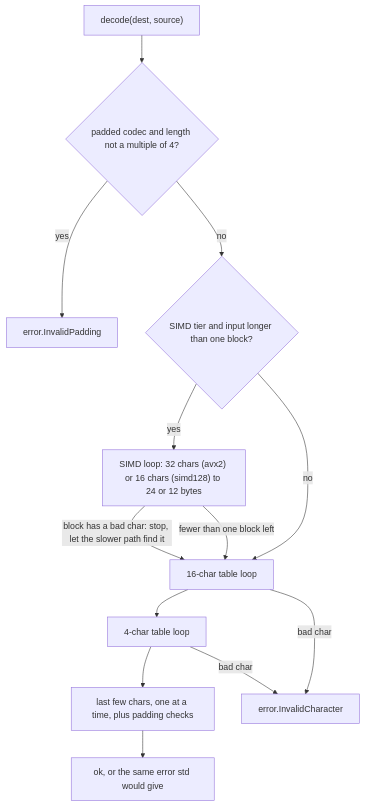
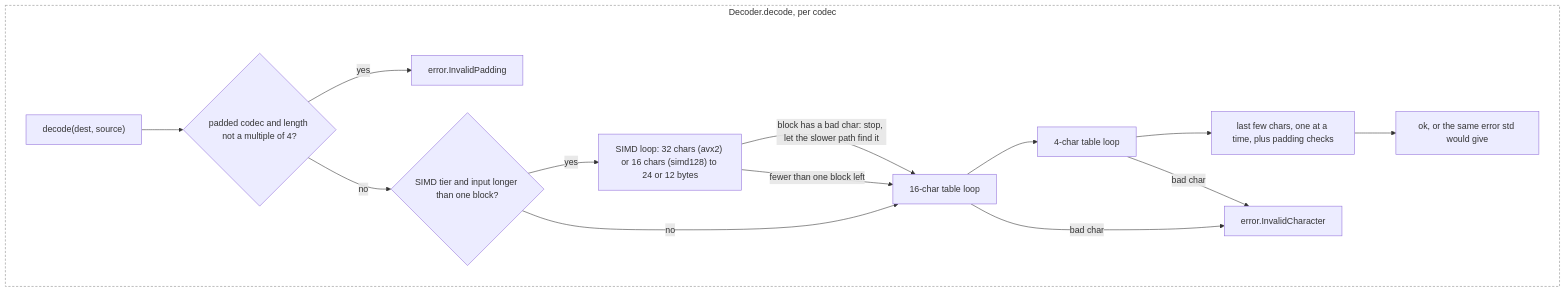
One commit to Kbgjtn/base64 changed the third of 3 diagrams in README.md. Above: the diagram before and after it, drawn with Mermaid. The commit also changed other lines of this file, not shown here.

Commit message:
docs: dashed outline on tier and decoder diagrams

````diff
--- a/README.md
+++ b/README.md
@@ -189,15 +193,19 @@
 ```mermaid
 flowchart TB
-    start["decode(dest, source)"] --> padcheck{"padded codec and length not a multiple of 4?"}
-    padcheck -- yes --> errPad["error.InvalidPadding"]
-    padcheck -- no --> big{"SIMD tier and input longer than one block?"}
-    big -- yes --> simd["SIMD loop: 32 chars (avx2) or 16 chars (simd128) to 24 or 12 bytes"]
-    simd -- "block has a bad char: stop, let the slower path find it" --> fast16
-    simd -- "fewer than one block left" --> fast16
-    big -- no --> fast16["16-char table loop"]
-    fast16 --> fast4["4-char table loop"]
-    fast4 --> tail["last few chars, one at a time, plus padding checks"]
-    fast16 -- "bad char" --> errChar["error.InvalidCharacter"]
-    fast4 -- "bad char" --> errChar
-    tail --> result["ok, or the same error std would give"]
+    subgraph dec["Decoder.decode, per codec"]
+        start["decode(dest, source)"] --> padcheck{"padded codec and length not a multiple of 4?"}
+        padcheck -- yes --> errPad["error.InvalidPadding"]
+        padcheck -- no --> big{"SIMD tier and input longer than one block?"}
+        big -- yes --> simd["SIMD loop: 32 chars (avx2) or 16 chars (simd128) to 24 or 12 bytes"]
+        simd -- "block has a bad char: stop, let the slower path find it" --> fast16
+        simd -- "fewer than one block left" --> fast16
+        big -- no --> fast16["16-char table loop"]
+        fast16 --> fast4["4-char table loop"]
+        fast4 --> tail["last few chars, one at a time, plus padding checks"]
+        fast16 -- "bad char" --> errChar["error.InvalidCharacter"]
+        fast4 -- "bad char" --> errChar
+        tail --> result["ok, or the same error std would give"]
+    end
+
+    style dec fill:none,stroke:#888,stroke-dasharray:4 3
 ```
````
